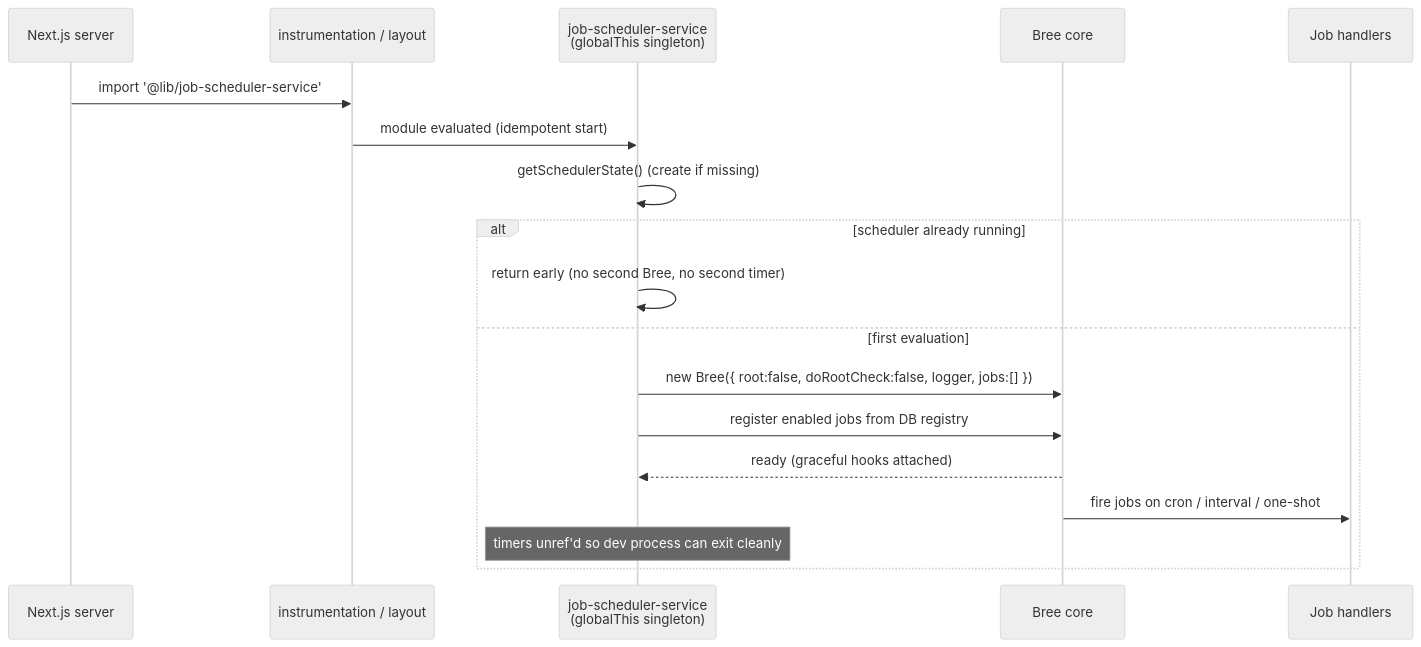
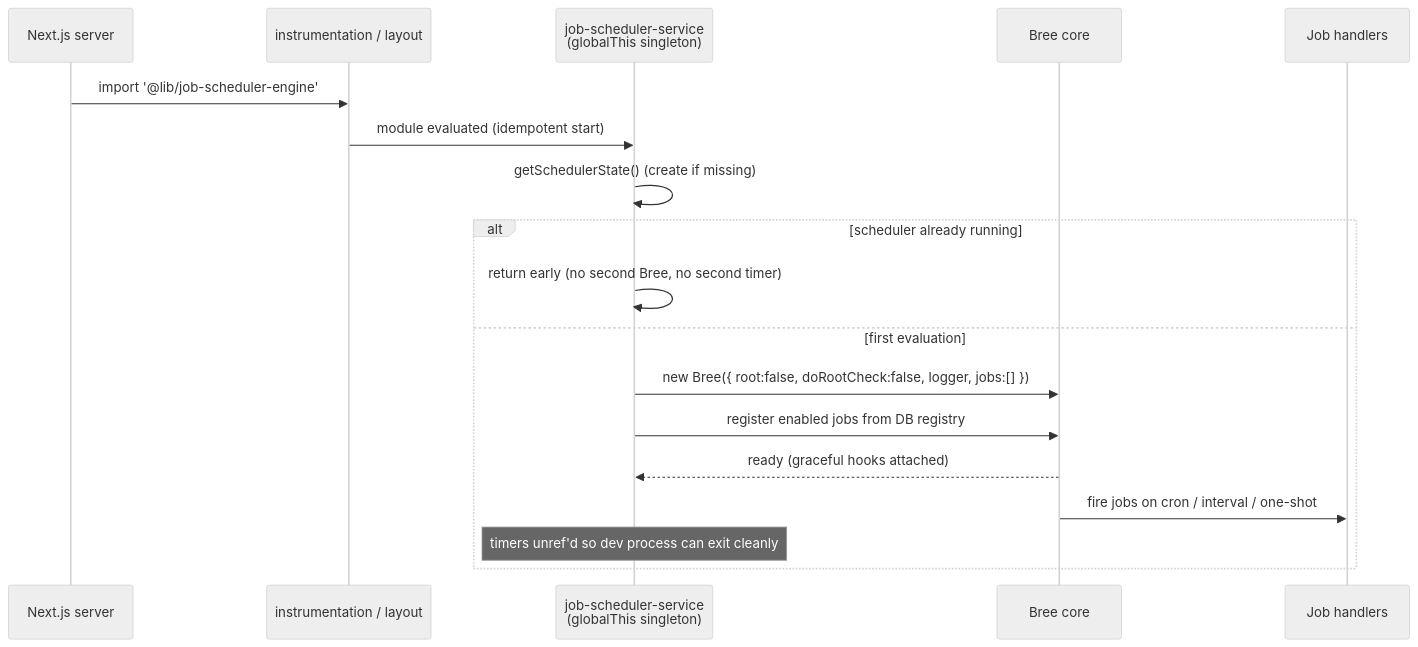
The second of 4 diagrams in documents/feature-planning-and-development/job-scheduler-service-plan.md (johnlynas/nipp), drawn with Mermaid (neutral theme) before and after one commit. The commit also changed other lines of this file, not shown here.

First line of the commit message:
(plan):  Update job scheduler location

````diff
--- a/documents/feature-planning-and-development/job-scheduler-service-plan.md
+++ b/documents/feature-planning-and-development/job-scheduler-service-plan.md
@@ -165,21 +165,21 @@
 ```mermaid
 sequenceDiagram
     participant N as Next.js server
     participant I as instrumentation / layout
     participant S as job-scheduler-service<br/>(globalThis singleton)
     participant B as Bree core
     participant H as Job handlers
 
-    N->>I: import '@lib/job-scheduler-service'
+    N->>I: import '@lib/job-scheduler-engine'
     I->>S: module evaluated (idempotent start)
     S->>S: getSchedulerState() (create if missing)
     alt scheduler already running
         S->>S: return early (no second Bree, no second timer)
     else first evaluation
         S->>B: new Bree({ root:false, doRootCheck:false, logger, jobs:[] })
         S->>B: register enabled jobs from DB registry
         B-->>S: ready (graceful hooks attached)
         B->>H: fire jobs on cron / interval / one-shot
         Note over S: timers unref'd so dev process can exit cleanly
     end
 ```
````
